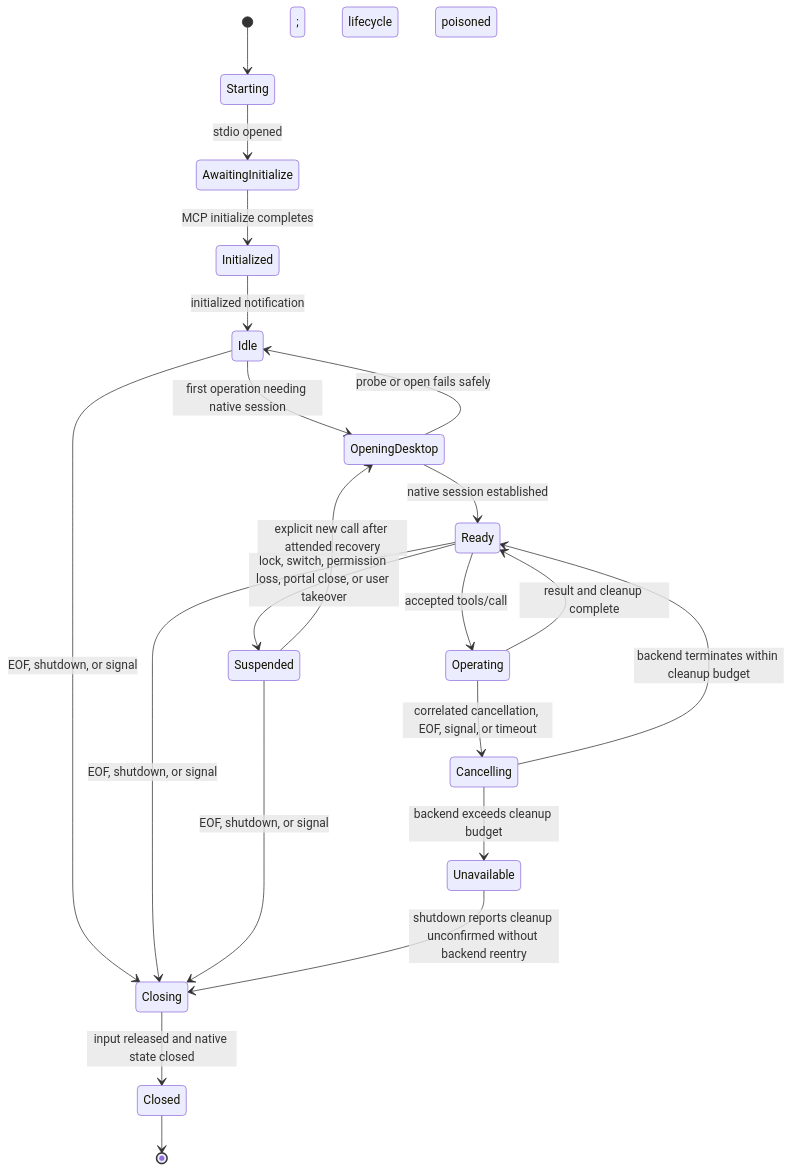
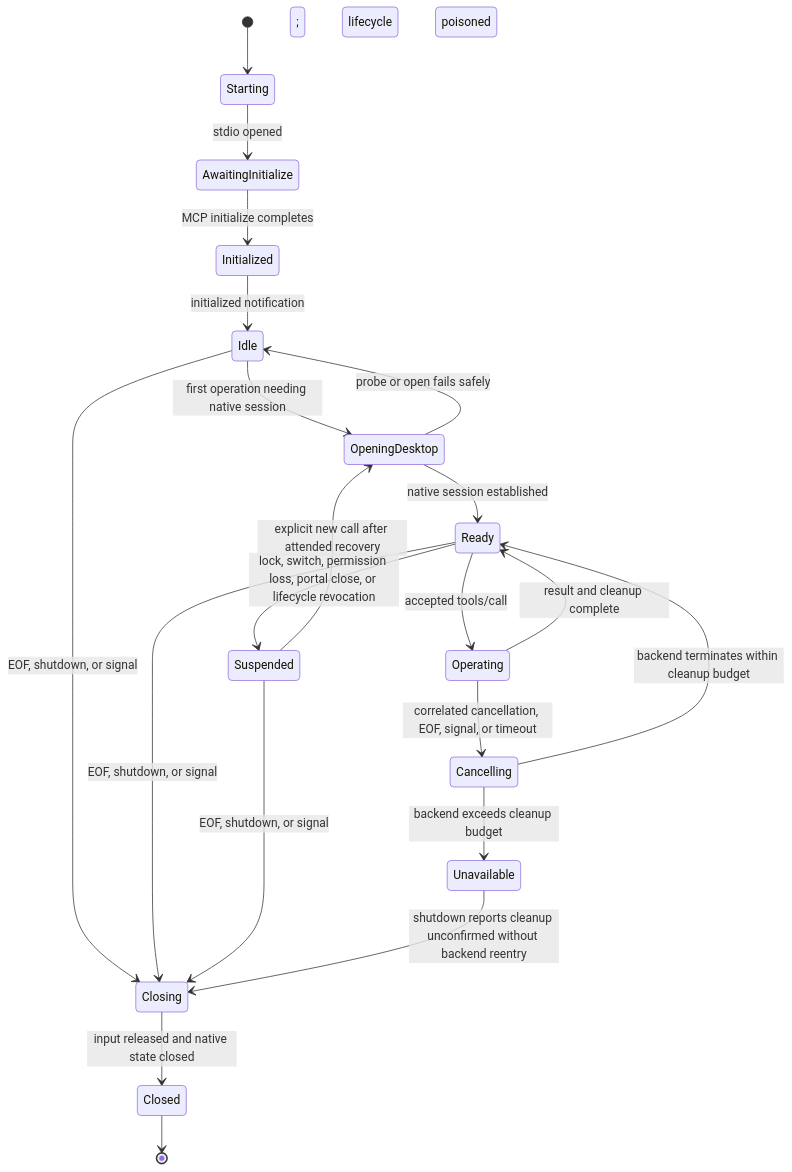
One commit to Wh1isper/starweaver changed the first of 2 diagrams in spec/computer-use/05-mcp-binary-and-process-lifecycle.md. Above: the diagram before and after it, drawn with Mermaid. The commit also changed other lines of this file and 38 other files, not shown here.

````diff
--- a/spec/computer-use/05-mcp-binary-and-process-lifecycle.md
+++ b/spec/computer-use/05-mcp-binary-and-process-lifecycle.md
@@ -185,23 +182,23 @@
 ```mermaid
 stateDiagram-v2
     [*] --> Starting
     Starting --> AwaitingInitialize: stdio opened
     AwaitingInitialize --> Initialized: MCP initialize completes
     Initialized --> Idle: initialized notification
     Idle --> OpeningDesktop: first operation needing native session
     OpeningDesktop --> Idle: probe or open fails safely
     OpeningDesktop --> Ready: native session established
     Ready --> Operating: accepted tools/call
     Operating --> Ready: result and cleanup complete
     Operating --> Cancelling: correlated cancellation, EOF, signal, or timeout
     Cancelling --> Ready: backend terminates within cleanup budget
     Cancelling --> Unavailable: backend exceeds cleanup budget; lifecycle poisoned
-    Ready --> Suspended: lock, switch, permission loss, portal close, or user takeover
+    Ready --> Suspended: lock, switch, permission loss, portal close, or lifecycle revocation
     Suspended --> OpeningDesktop: explicit new call after attended recovery
     Idle --> Closing: EOF, shutdown, or signal
     Ready --> Closing: EOF, shutdown, or signal
     Suspended --> Closing: EOF, shutdown, or signal
     Unavailable --> Closing: shutdown reports cleanup unconfirmed without backend reentry
     Closing --> Closed: input released and native state closed
     Closed --> [*]
 ```
````
